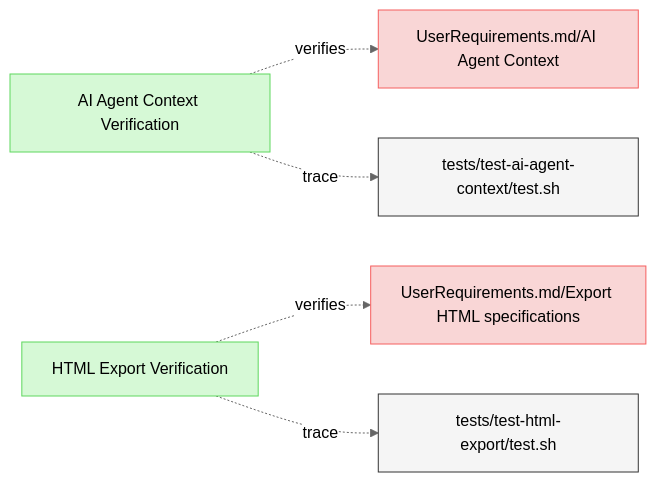
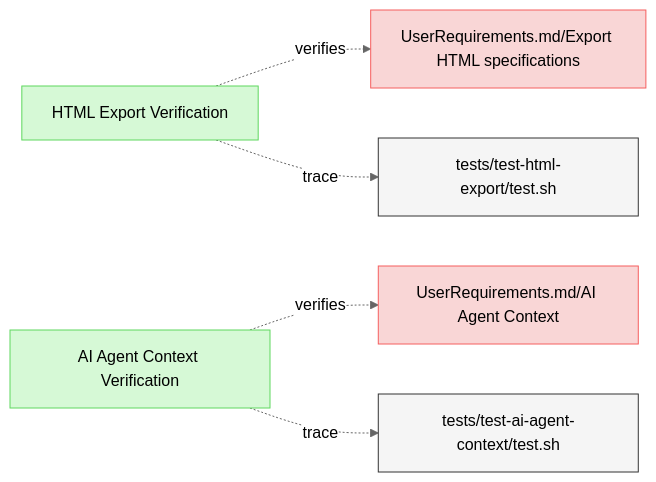
The diagram in specifications/Verifications/Misc.md (reqvire-org/reqvire), drawn with Mermaid (neutral theme) before and after one commit. The commit also changed 21 other files, not shown here.

````diff
--- a/specifications/Verifications/Misc.md
+++ b/specifications/Verifications/Misc.md
@@ -6,31 +6,31 @@
 ```mermaid
 graph LR;
   %% Graph styling
   classDef requirement fill:#f9d6d6,stroke:#f55f5f,stroke-width:1px;
   classDef verification fill:#d6f9d6,stroke:#5fd75f,stroke-width:1px;
   classDef externalLink fill:#d0e0ff,stroke:#3080ff,stroke-width:1px;
   classDef default fill:#f5f5f5,stroke:#333333,stroke-width:1px;
 
-  8d1839785fa3e85f["AI Agent Context Verification"];
-  click 8d1839785fa3e85f "https://github.com/ilijaljubicic/Reqvire/blob/8a68ca1eab81bac7964085e47777a0a92447c6a5/specifications/Verifications/Misc.md#ai-agent-context-verification";
-  class 8d1839785fa3e85f verification;
-  c5fffc3cd9f22134["UserRequirements.md/AI Agent Context"];
-  class c5fffc3cd9f22134 requirement;
-  click c5fffc3cd9f22134 "https://github.com/ilijaljubicic/Reqvire/blob/8a68ca1eab81bac7964085e47777a0a92447c6a5/specifications/UserRequirements.md#ai-agent-context";
-  8d1839785fa3e85f -.->|verifies| c5fffc3cd9f22134;
-  79f1e8bcdc9255fb["tests/test-ai-agent-context/test.sh"];
-  class 79f1e8bcdc9255fb default;
-  click 79f1e8bcdc9255fb "https://github.com/ilijaljubicic/Reqvire/blob/8a68ca1eab81bac7964085e47777a0a92447c6a5/tests/test-ai-agent-context/test.sh";
-  8d1839785fa3e85f -.->|trace| 79f1e8bcdc9255fb;
-  bc50e797577ffd51["HTML Export Verification"];
-  click bc50e797577ffd51 "https://github.com/ilijaljubicic/Reqvire/blob/8a68ca1eab81bac7964085e47777a0a92447c6a5/specifications/Verifications/Misc.md#html-export-verification";
-  class bc50e797577ffd51 verification;
-  6424b4fd0b132482["UserRequirements.md/Export HTML specifications"];
-  class 6424b4fd0b132482 requirement;
-  click 6424b4fd0b132482 "https://github.com/ilijaljubicic/Reqvire/blob/8a68ca1eab81bac7964085e47777a0a92447c6a5/specifications/UserRequirements.md#export-html-specifications";
-  bc50e797577ffd51 -.->|verifies| 6424b4fd0b132482;
-  82700fdf287e5702["tests/test-html-export/test.sh"];
-  class 82700fdf287e5702 default;
-  click 82700fdf287e5702 "https://github.com/ilijaljubicic/Reqvire/blob/8a68ca1eab81bac7964085e47777a0a92447c6a5/tests/test-html-export/test.sh";
-  bc50e797577ffd51 -.->|trace| 82700fdf287e5702;
+  ee855bb5e5d1f05b["HTML Export Verification"];
+  click ee855bb5e5d1f05b "https://github.com/Reqvire/reqvire/blob/f18e52f9f88c64f67a79abc4e93eb74b3ec22615/specifications/Verifications/Misc.md#html-export-verification";
+  class ee855bb5e5d1f05b verification;
+  d9686a154fe87b2["UserRequirements.md/Export HTML specifications"];
+  class d9686a154fe87b2 requirement;
+  click d9686a154fe87b2 "https://github.com/Reqvire/reqvire/blob/f18e52f9f88c64f67a79abc4e93eb74b3ec22615/specifications/UserRequirements.md#export-html-specifications";
+  ee855bb5e5d1f05b -.->|verifies| d9686a154fe87b2;
+  ca710f5a0e5dfc5d["tests/test-html-export/test.sh"];
+  class ca710f5a0e5dfc5d default;
+  click ca710f5a0e5dfc5d "https://github.com/Reqvire/reqvire/blob/f18e52f9f88c64f67a79abc4e93eb74b3ec22615/tests/test-html-export/test.sh";
+  ee855bb5e5d1f05b -.->|trace| ca710f5a0e5dfc5d;
+  3c6410e3387503c0["AI Agent Context Verification"];
+  click 3c6410e3387503c0 "https://github.com/Reqvire/reqvire/blob/f18e52f9f88c64f67a79abc4e93eb74b3ec22615/specifications/Verifications/Misc.md#ai-agent-context-verification";
+  class 3c6410e3387503c0 verification;
+  7fd9156eac77c270["UserRequirements.md/AI Agent Context"];
+  class 7fd9156eac77c270 requirement;
+  click 7fd9156eac77c270 "https://github.com/Reqvire/reqvire/blob/f18e52f9f88c64f67a79abc4e93eb74b3ec22615/specifications/UserRequirements.md#ai-agent-context";
+  3c6410e3387503c0 -.->|verifies| 7fd9156eac77c270;
+  6dc663bb31c3eb65["tests/test-ai-agent-context/test.sh"];
+  class 6dc663bb31c3eb65 default;
+  click 6dc663bb31c3eb65 "https://github.com/Reqvire/reqvire/blob/f18e52f9f88c64f67a79abc4e93eb74b3ec22615/tests/test-ai-agent-context/test.sh";
+  3c6410e3387503c0 -.->|trace| 6dc663bb31c3eb65;
 ```
````
